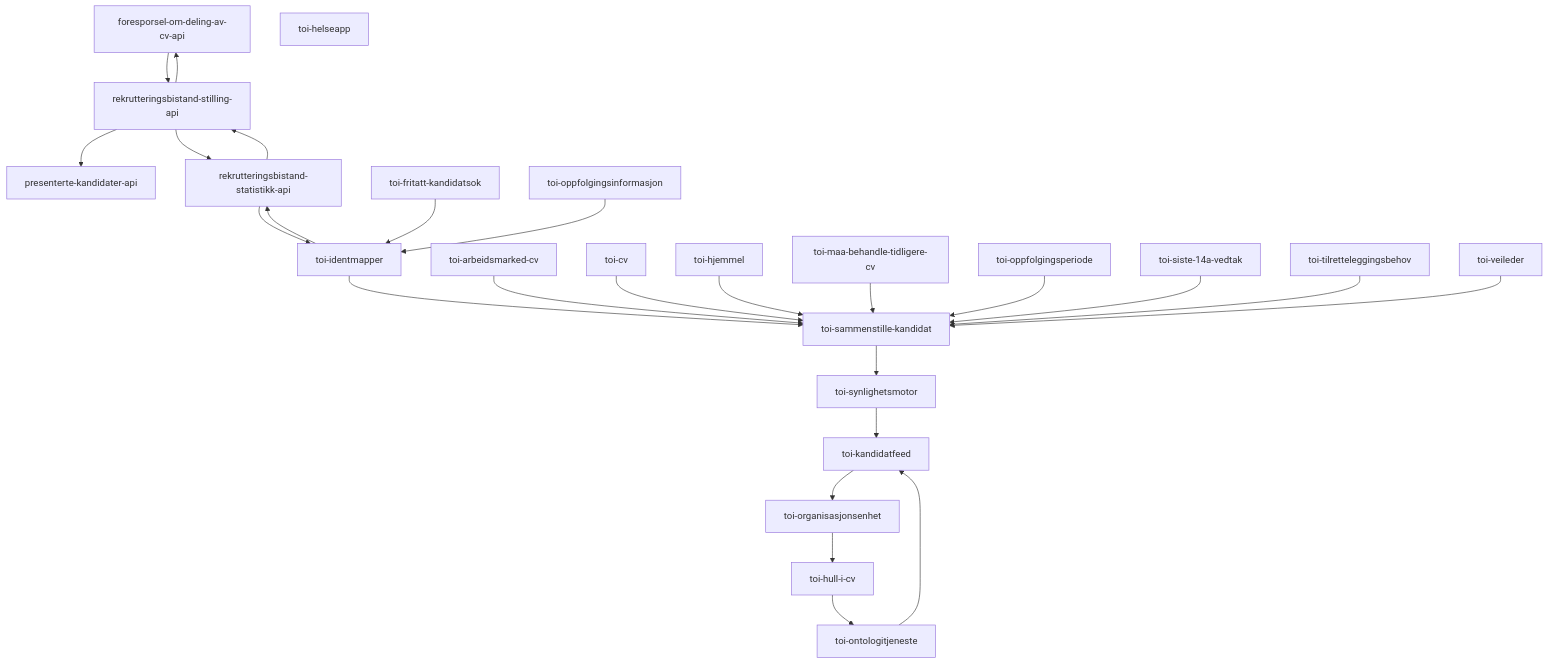
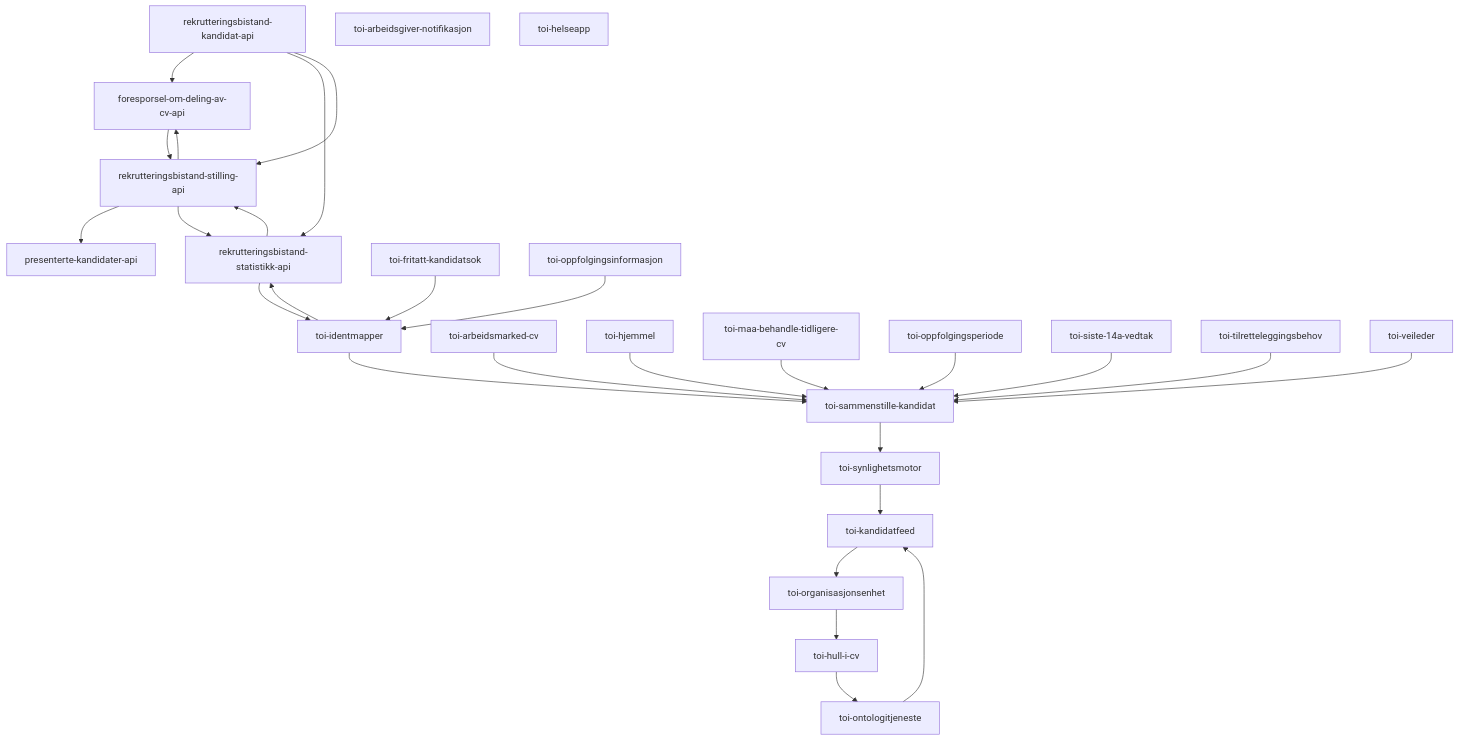
One commit to navikt/toi-rapids-and-rivers-grapher changed the diagram in README.md. Above: the diagram before and after it, drawn with Mermaid. The commit also changed other lines of this file, not shown here.

Commit message:
rekrutteringsbistand-kandidat-api er synliggjort

````diff
--- a/README.md
+++ b/README.md
@@ -5,28 +5,31 @@
 ```mermaid
 graph TD;
 foresporsel-om-deling-av-cv-api --> rekrutteringsbistand-stilling-api;
+rekrutteringsbistand-kandidat-api --> foresporsel-om-deling-av-cv-api;
+rekrutteringsbistand-kandidat-api --> rekrutteringsbistand-statistikk-api;
+rekrutteringsbistand-kandidat-api --> rekrutteringsbistand-stilling-api;
 rekrutteringsbistand-statistikk-api --> rekrutteringsbistand-stilling-api;
 rekrutteringsbistand-statistikk-api --> toi-identmapper;
 rekrutteringsbistand-stilling-api --> foresporsel-om-deling-av-cv-api;
 rekrutteringsbistand-stilling-api --> presenterte-kandidater-api;
 rekrutteringsbistand-stilling-api --> rekrutteringsbistand-statistikk-api;
+toi-arbeidsgiver-notifikasjon;
 toi-arbeidsmarked-cv --> toi-sammenstille-kandidat;
-toi-cv --> toi-sammenstille-kandidat;
 toi-fritatt-kandidatsok --> toi-identmapper;
 toi-helseapp;
 toi-hjemmel --> toi-sammenstille-kandidat;
 toi-hull-i-cv --> toi-ontologitjeneste;
 toi-identmapper --> rekrutteringsbistand-statistikk-api;
 toi-identmapper --> toi-sammenstille-kandidat;
 toi-kandidatfeed --> toi-organisasjonsenhet;
 toi-maa-behandle-tidligere-cv --> toi-sammenstille-kandidat;
 toi-ontologitjeneste --> toi-kandidatfeed;
 toi-oppfolgingsinformasjon --> toi-identmapper;
 toi-oppfolgingsperiode --> toi-sammenstille-kandidat;
 toi-organisasjonsenhet --> toi-hull-i-cv;
 toi-sammenstille-kandidat --> toi-synlighetsmotor;
 toi-siste-14a-vedtak --> toi-sammenstille-kandidat;
 toi-synlighetsmotor --> toi-kandidatfeed;
 toi-tilretteleggingsbehov --> toi-sammenstille-kandidat;
 toi-veileder --> toi-sammenstille-kandidat;
 ```
````
